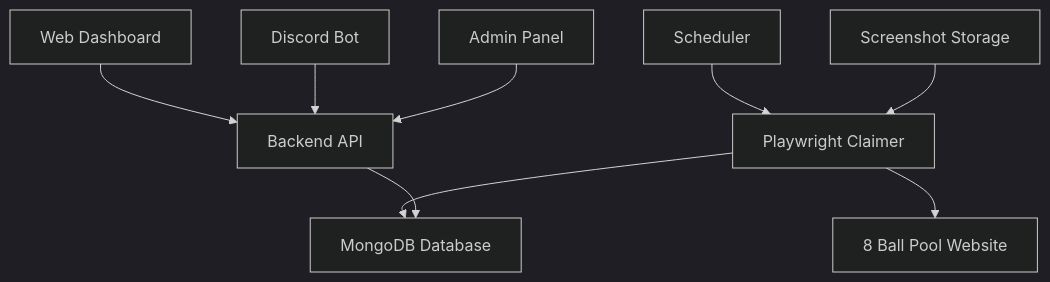
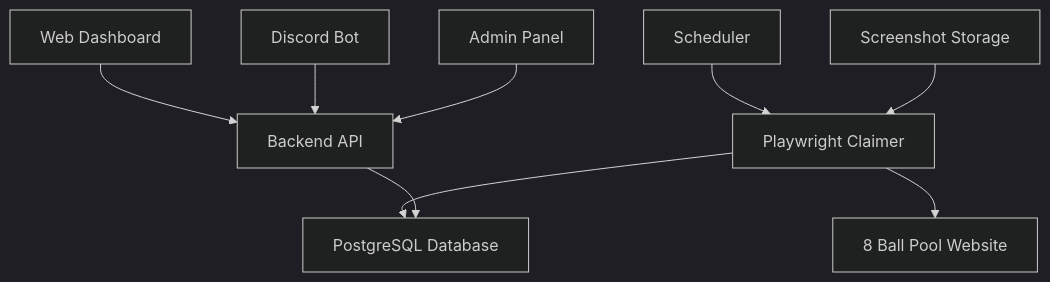
One commit to BlakeMcBride1625/8bp-rewards-5.0-Public changed the diagram in README.md. Above: the diagram before and after it, drawn with Mermaid (dark theme). The commit also changed other lines of this file and 137 other files, not shown here.

````diff
--- a/README.md
+++ b/README.md
@@ -38,11 +38,11 @@
 ```mermaid
 graph TB
     A[Web Dashboard] --> B[Backend API]
     C[Discord Bot] --> B
     D[Scheduler] --> E[Playwright Claimer]
     E --> F[8 Ball Pool Website]
-    E --> G[MongoDB Database]
+    E --> G[PostgreSQL Database]
     B --> G
     H[Admin Panel] --> B
     I[Screenshot Storage] --> E
 ```
````
